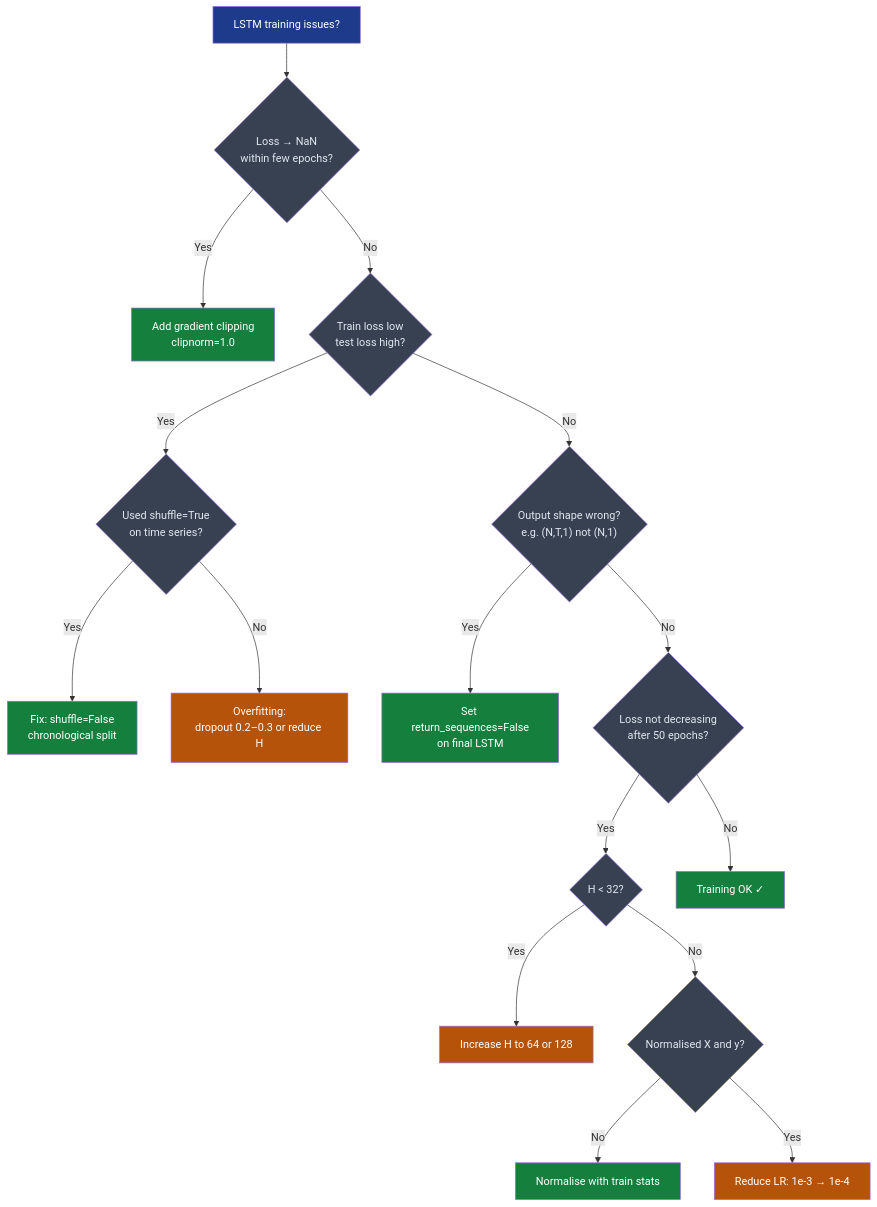
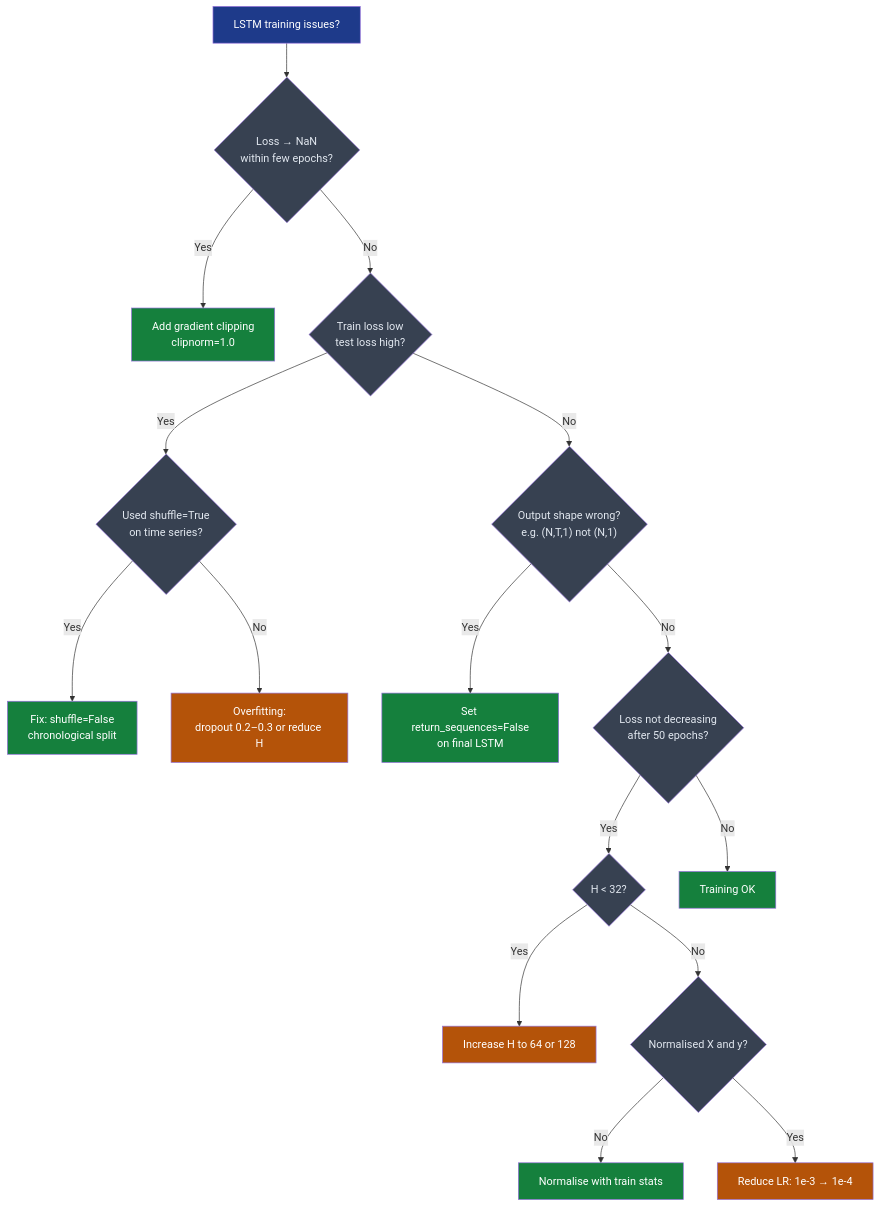
Before and after one commit to dsgouda7/ai-portfolio: the fourth of 4 diagrams in notes/01-ml/03-neural-networks/ch06_rnns_lstms/README.md, drawn with Mermaid. The commit also changed other lines of this file and 391 other files, not shown here.

````diff
--- a/notes/01-ml/03-neural-networks/ch06_rnns_lstms/README.md
+++ b/notes/01-ml/03-neural-networks/ch06_rnns_lstms/README.md
@@ -543,35 +543,35 @@
 ```mermaid
 flowchart TD
  A["LSTM training issues?"] --> B{"Loss → NaN\nwithin few epochs?"}
  B -->|Yes| C["Add gradient clipping\nclipnorm=1.0"]
  B -->|No| D{"Train loss low\ntest loss high?"}
  D -->|Yes| E{"Used shuffle=True\non time series?"}
  E -->|Yes| F["Fix: shuffle=False\nchronological split"]
  E -->|No| G["Overfitting:\ndropout 0.2–0.3 or reduce H"]
  D -->|No| H{"Output shape wrong?\ne.g. (N,T,1) not (N,1)"}
  H -->|Yes| I["Set return_sequences=False\non final LSTM"]
  H -->|No| J{"Loss not decreasing\nafter 50 epochs?"}
  J -->|Yes| K{"H < 32?"}
  K -->|Yes| L["Increase H to 64 or 128"]
  K -->|No| M{"Normalised X and y?"}
  M -->|No| N["Normalise with train stats"]
  M -->|Yes| O["Reduce LR: 1e-3 → 1e-4"]
- J -->|No| R["Training OK ✓"]
+ J -->|No| R["Training OK "]
 
  style A fill:#1e3a8a,color:#fff
  style C fill:#15803d,color:#fff
  style F fill:#15803d,color:#fff
  style I fill:#15803d,color:#fff
  style N fill:#15803d,color:#fff
  style R fill:#15803d,color:#fff
  style G fill:#b45309,color:#fff
  style L fill:#b45309,color:#fff
  style O fill:#b45309,color:#fff
  style B fill:#374151,color:#e2e8f0
  style D fill:#374151,color:#e2e8f0
  style E fill:#374151,color:#e2e8f0
  style H fill:#374151,color:#e2e8f0
  style J fill:#374151,color:#e2e8f0
  style K fill:#374151,color:#e2e8f0
  style M fill:#374151,color:#e2e8f0
 ```
````
